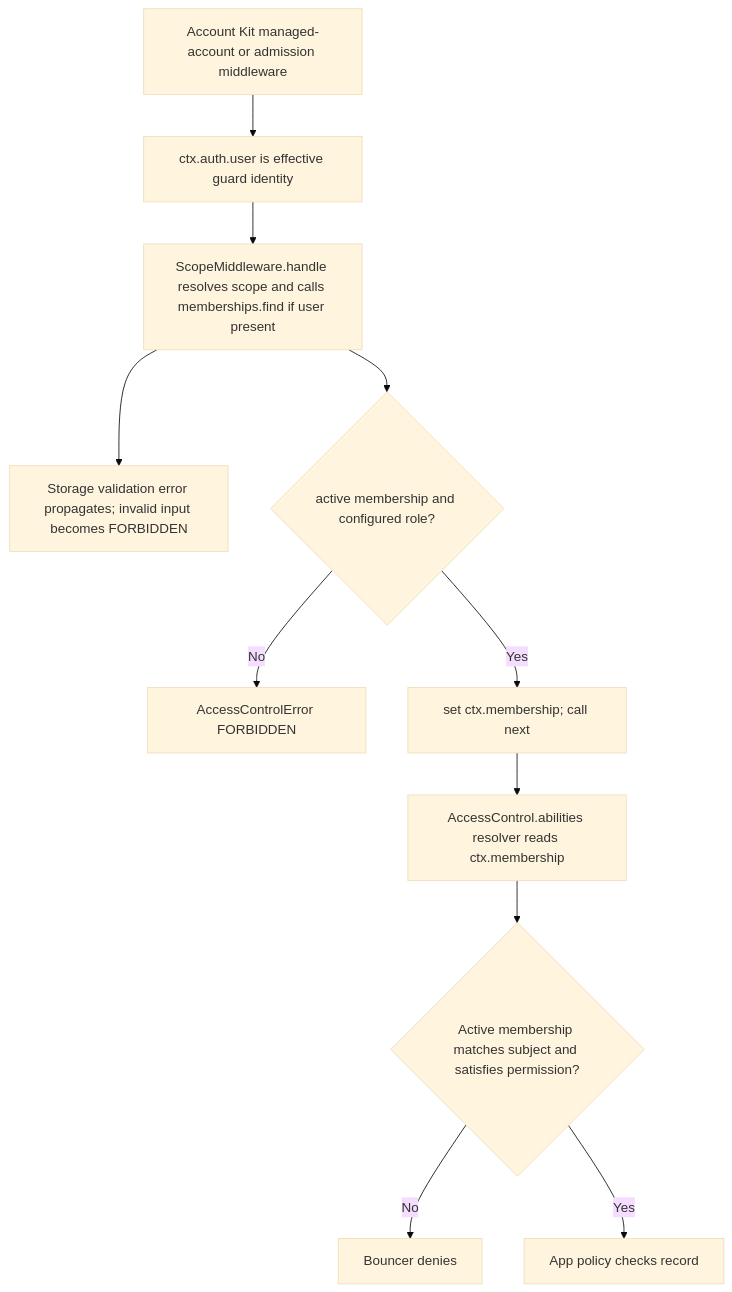
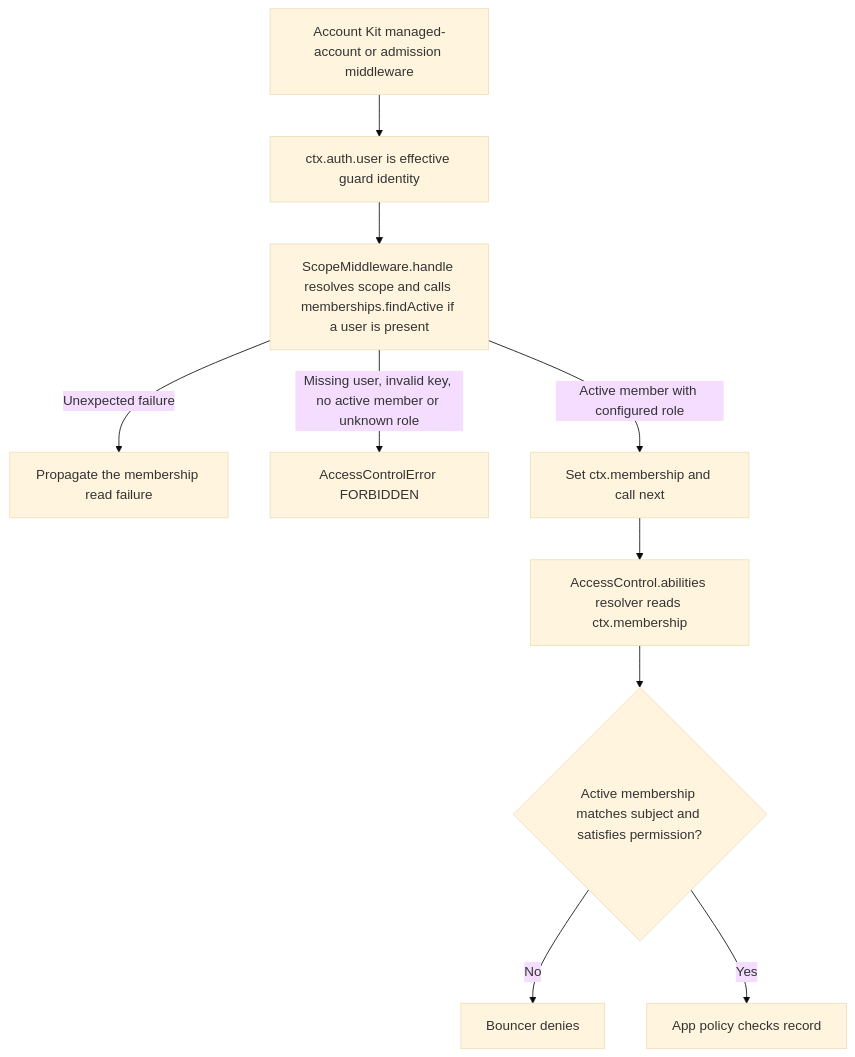
One commit to Kevinjohn/oss-adonisjs-access-control changed the second of 2 diagrams in user-stories/US-ACCESS-02-enter-scoped-route.md. Above: the diagram before and after it, drawn with Mermaid (base theme). The commit also changed other lines of this file and 3 other files, not shown here.

Commit message:
Reuse the active membership lookup in scope middleware

````diff
--- a/user-stories/US-ACCESS-02-enter-scoped-route.md
+++ b/user-stories/US-ACCESS-02-enter-scoped-route.md
@@ -42,13 +42,12 @@
 ```mermaid
 flowchart TD
     A["Account Kit managed-account or admission middleware"] --> B["ctx.auth.user is effective guard identity"]
-    B --> C["ScopeMiddleware.handle resolves scope and calls memberships.find if user present"]
-    C --> X["Storage validation error propagates; invalid input becomes FORBIDDEN"]
-    C --> D{"active membership and configured role?"}
-    D -->|No| E["AccessControlError FORBIDDEN"]
-    D -->|Yes| F["set ctx.membership; call next"]
+    B --> C["ScopeMiddleware.handle resolves scope and calls memberships.findActive if a user is present"]
+    C -->|Unexpected failure| X["Propagate the membership read failure"]
+    C -->|Missing user, invalid key, no active member or unknown role| E["AccessControlError FORBIDDEN"]
+    C -->|Active member with configured role| F["Set ctx.membership and call next"]
     F --> G["AccessControl.abilities resolver reads ctx.membership"]
     G --> H{"Active membership matches subject and satisfies permission?"}
     H -->|No| I["Bouncer denies"]
     H -->|Yes| J["App policy checks record"]
 ```
````
